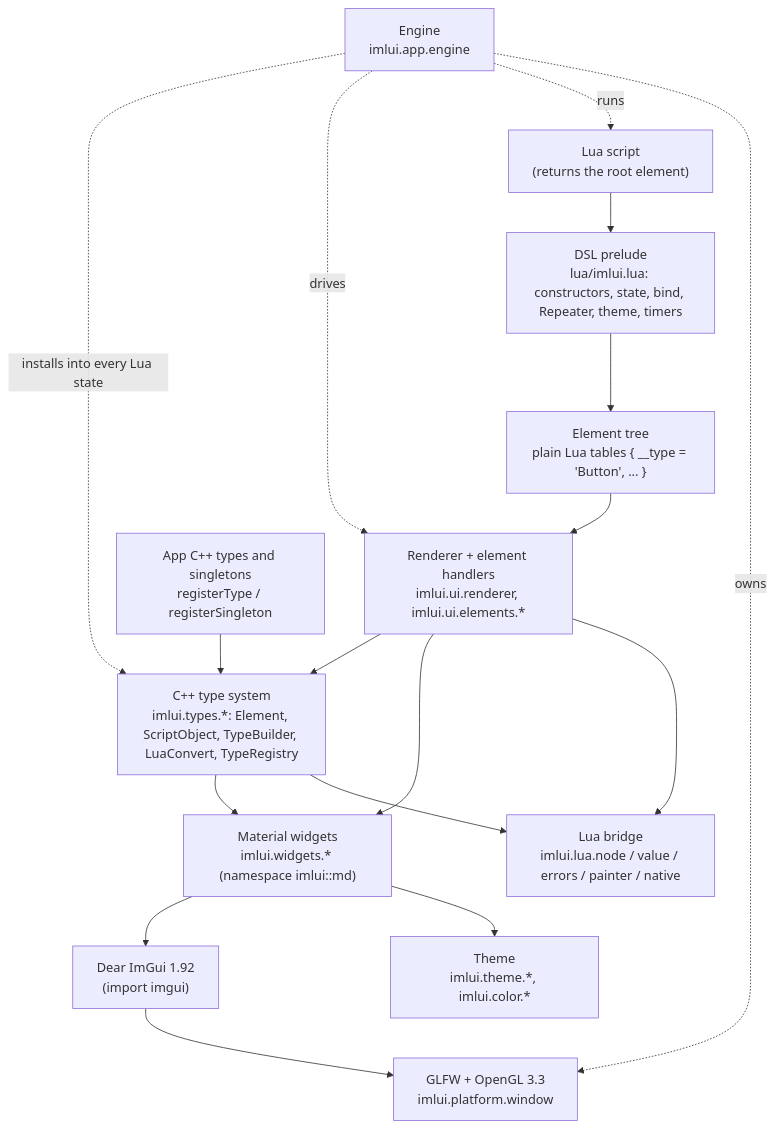
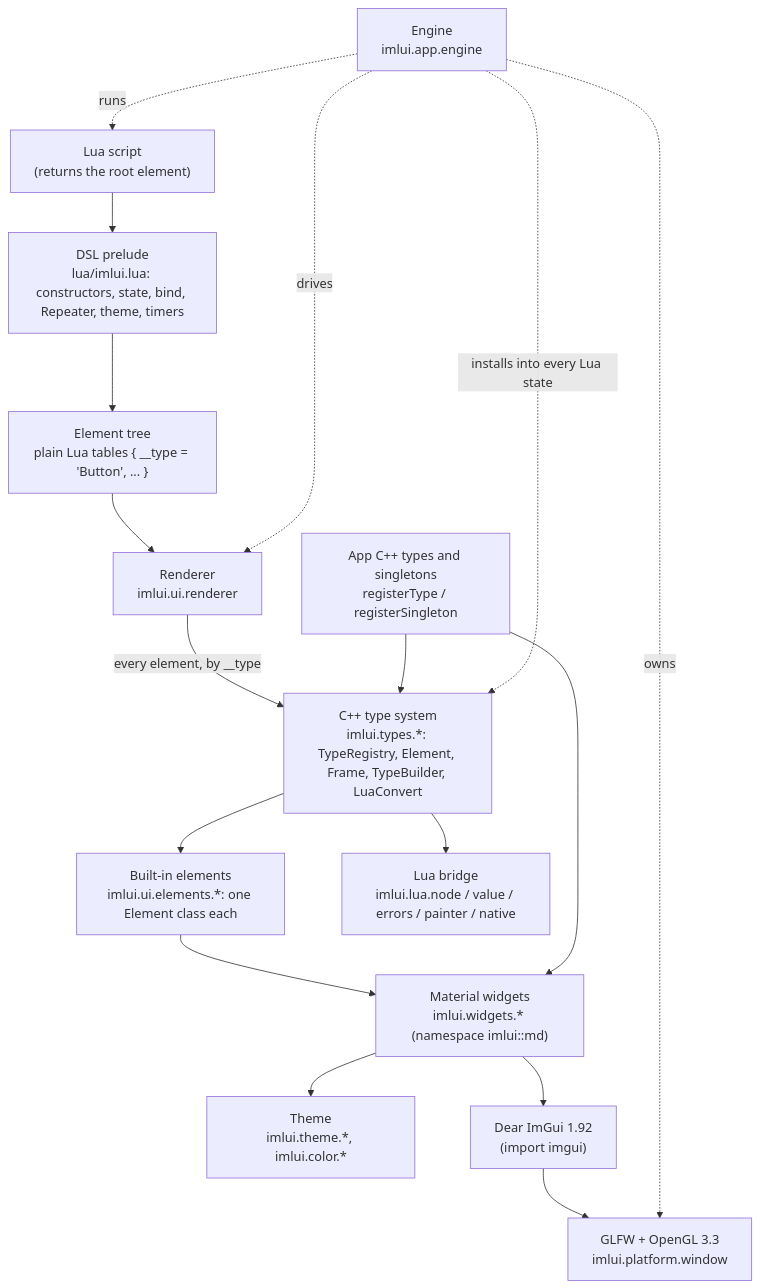
The diagram in docs/architecture.md (MyJules/imlui), drawn with Mermaid before and after one commit. The commit also changed other lines of this file and 9 other files, not shown here.

````diff
--- a/docs/architecture.md
+++ b/docs/architecture.md
@@ -5,19 +5,19 @@
 ```mermaid
 flowchart TD
     S["Lua script<br/>(returns the root element)"] --> P["DSL prelude<br/>lua/imlui.lua: constructors, state, bind, Repeater, theme, timers"]
     P --> T["Element tree<br/>plain Lua tables { __type = 'Button', ... }"]
-    T --> R["Renderer + element handlers<br/>imlui.ui.renderer, imlui.ui.elements.*"]
-    R --> N["Lua bridge<br/>imlui.lua.node / value / errors / painter / native"]
-    R --> W["Material widgets<br/>imlui.widgets.* (namespace imlui::md)"]
-    R --> TY["C++ type system<br/>imlui.types.*: Element, ScriptObject, TypeBuilder, LuaConvert, TypeRegistry"]
-    TY --> N
-    TY --> W
+    T --> R["Renderer<br/>imlui.ui.renderer"]
+    R -->|"every element, by __type"| TY["C++ type system<br/>imlui.types.*: TypeRegistry, Element, Frame, TypeBuilder, LuaConvert"]
+    TY --> EL["Built-in elements<br/>imlui.ui.elements.*: one Element class each"]
     C["App C++ types and singletons<br/>registerType / registerSingleton"] --> TY
+    EL --> W["Material widgets<br/>imlui.widgets.* (namespace imlui::md)"]
+    TY --> N["Lua bridge<br/>imlui.lua.node / value / errors / painter / native"]
+    C --> W
     W --> TH["Theme<br/>imlui.theme.*, imlui.color.*"]
     W --> I["Dear ImGui 1.92<br/>(import imgui)"]
     I --> G["GLFW + OpenGL 3.3<br/>imlui.platform.window"]
     E["Engine<br/>imlui.app.engine"] -.owns.-> G
     E -.runs.-> S
     E -.drives.-> R
     E -.installs into every Lua state.-> TY
 ```
````
